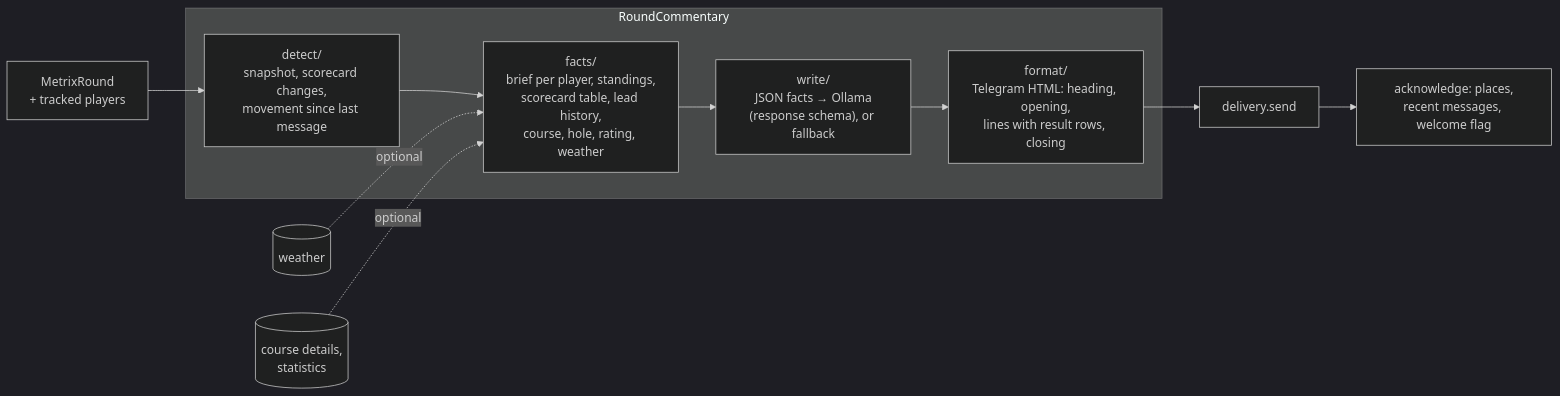
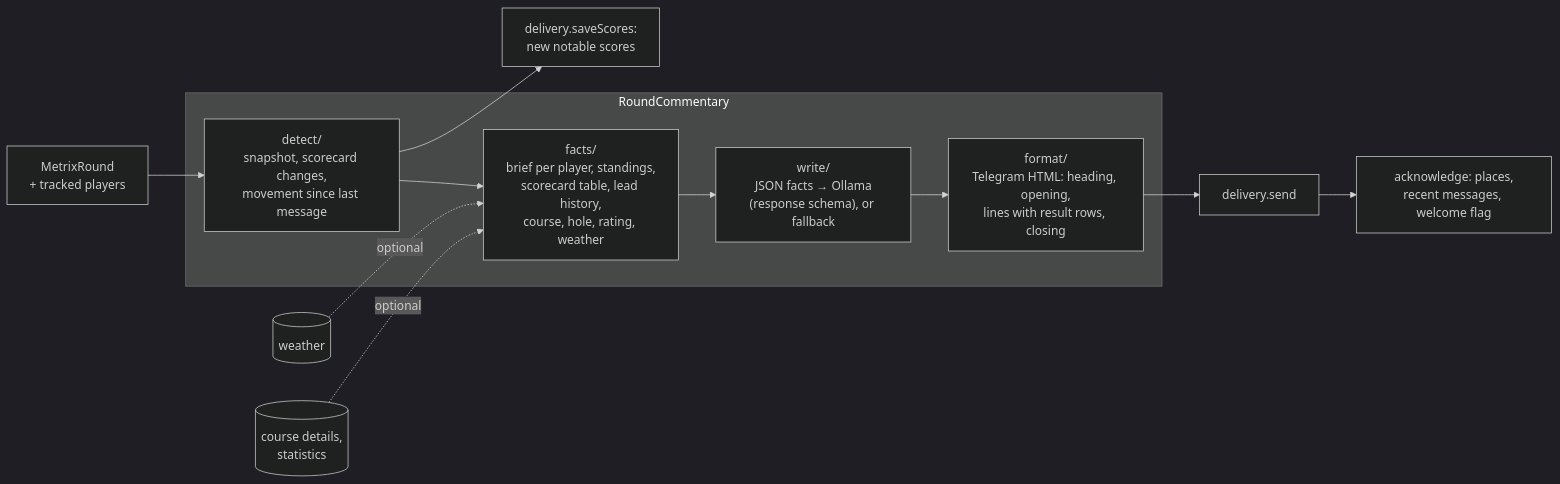
Before and after one commit to saarinenvh/sakariheitaja: the diagram in src/features/commentary/README.md, drawn with Mermaid (dark theme). The commit also changed other lines of this file and 5 other files, not shown here.

First line of the commit message:
fix: save special scores before writing or sending commentary

````diff
--- a/src/features/commentary/README.md
+++ b/src/features/commentary/README.md
@@ -19,14 +20,15 @@
 ```mermaid
 flowchart LR
     Poll[MetrixRound<br/>+ tracked players] --> Detect
+    Detect --> Save[delivery.saveScores:<br/>new notable scores]
     subgraph RoundCommentary
       Detect["detect/<br/>snapshot, scorecard changes,<br/>movement since last message"] --> Facts
       Facts["facts/<br/>brief per player, standings,<br/>scorecard table, lead history,<br/>course, hole, rating, weather"] --> Write
       Write["write/<br/>JSON facts → Ollama<br/>(response schema), or fallback"] --> Format
       Format["format/<br/>Telegram HTML: heading, opening,<br/>lines with result rows, closing"]
     end
     Format --> Send[delivery.send]
     Send --> Ack[acknowledge: places,<br/>recent messages, welcome flag]
     Weather[(weather)] -. optional .-> Facts
     Course[(course details,<br/>statistics)] -. optional .-> Facts
 ```
````
